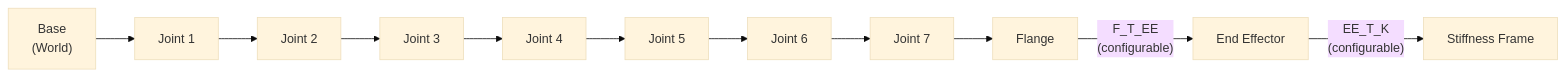
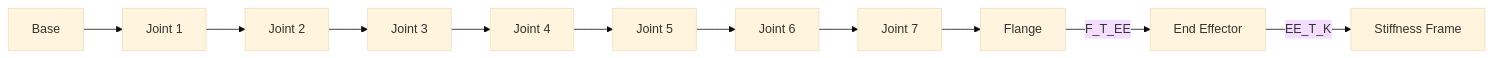
Before and after one commit to ColeTen/franka-rs: the second of 2 diagrams in docs/src/modules/model.md, drawn with Mermaid (base theme). The commit also changed other lines of this file and 43 other files, not shown here.

````diff
--- a/docs/src/modules/model.md
+++ b/docs/src/modules/model.md
@@ -40,6 +53,6 @@
 ```mermaid
 flowchart LR
-    BASE["Base<br/>(World)"] --> J1["Joint 1"] --> J2["Joint 2"] --> J3["Joint 3"] --> J4["Joint 4"] --> J5["Joint 5"] --> J6["Joint 6"] --> J7["Joint 7"] --> FL["Flange"]
-    FL -->|"F_T_EE<br/>(configurable)"| EE["End Effector"]
-    EE -->|"EE_T_K<br/>(configurable)"| K["Stiffness Frame"]
+    BASE["Base"] --> J1["Joint 1"] --> J2["Joint 2"] --> J3["Joint 3"] --> J4["Joint 4"] --> J5["Joint 5"] --> J6["Joint 6"] --> J7["Joint 7"] --> FL["Flange"]
+    FL -->|"F_T_EE"| EE["End Effector"]
+    EE -->|"EE_T_K"| K["Stiffness Frame"]
 ```
````
